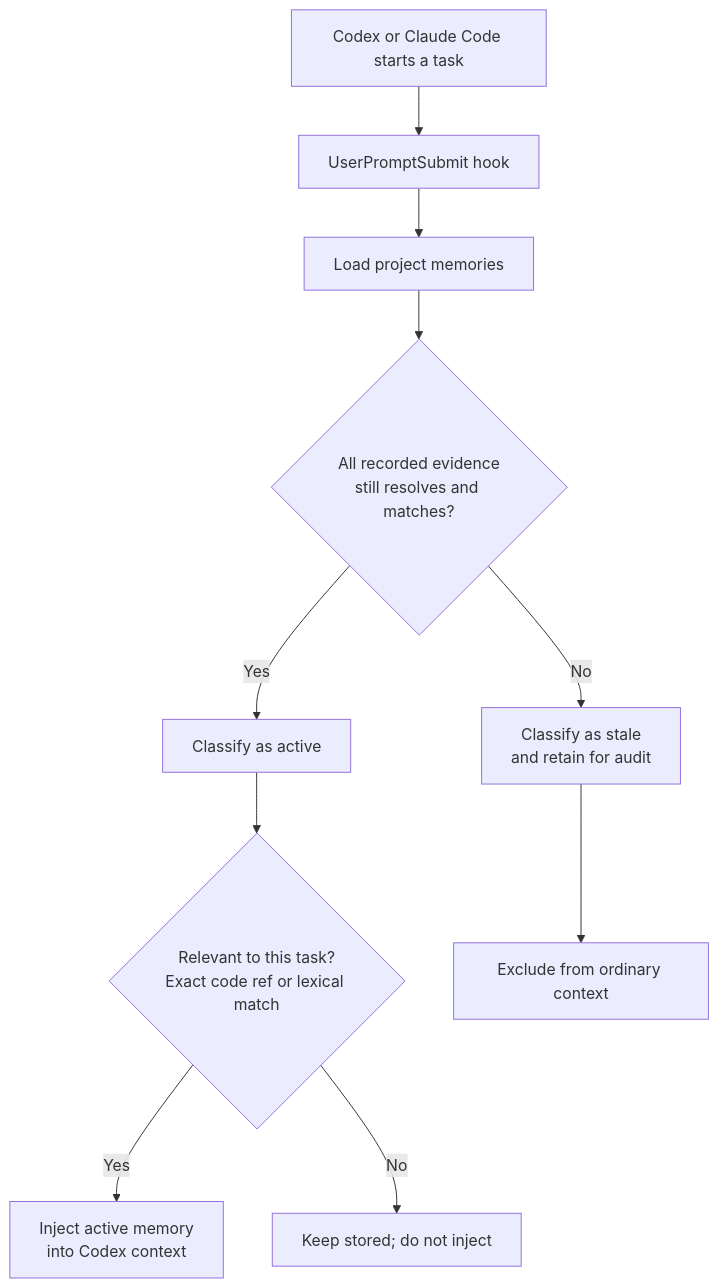
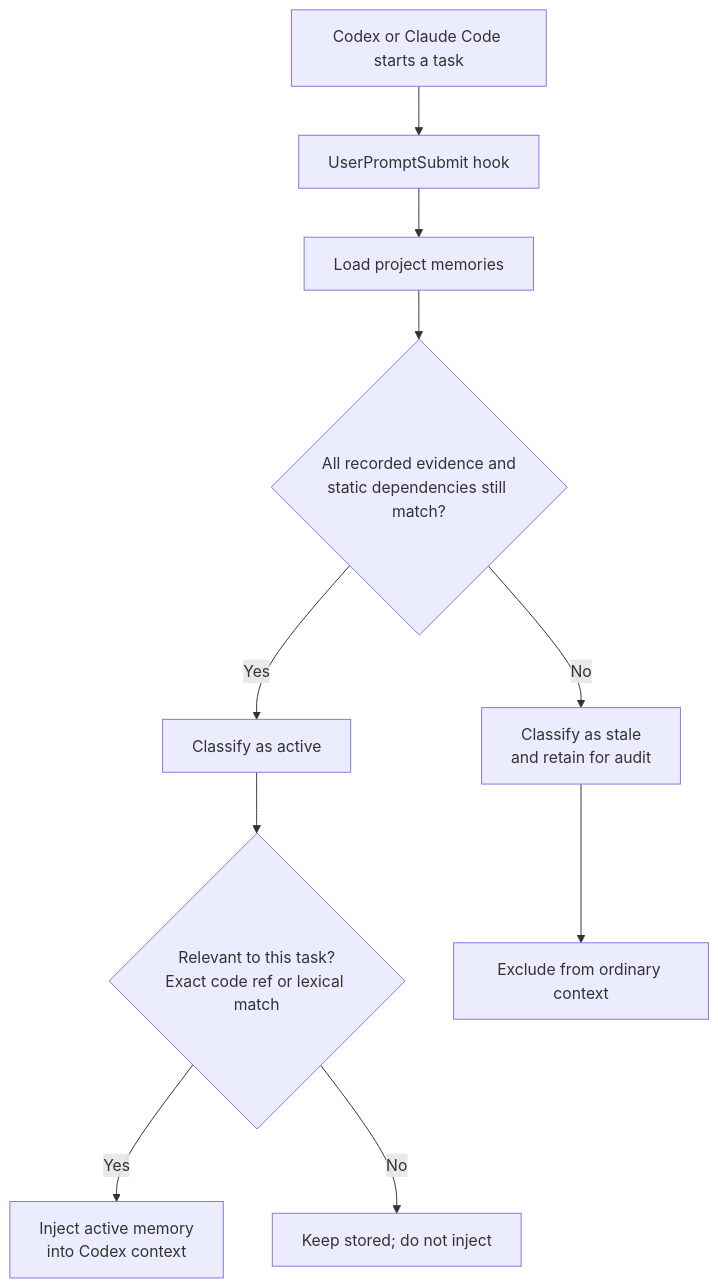
Before and after one commit to fagnermourafeitosa/memory-stale: the first of 2 diagrams in README.md, drawn with Mermaid. The commit also changed other lines of this file and 13 other files, not shown here.

Commit message:
add automatic static provenance graph

````diff
--- a/README.md
+++ b/README.md
@@ -149,12 +151,12 @@
 ```mermaid
 flowchart TD
     A[Codex or Claude Code starts a task] --> B[UserPromptSubmit hook]
     B --> C[Load project memories]
-    C --> D{"All recorded evidence<br/>still resolves and matches?"}
+    C --> D{"All recorded evidence and<br/>static dependencies still match?"}
     D -->|Yes| E[Classify as active]
     D -->|No| F["Classify as stale<br/>and retain for audit"]
     E --> G{"Relevant to this task?<br/>Exact code ref or lexical match"}
     G -->|Yes| H["Inject active memory<br/>into Codex context"]
     G -->|No| I[Keep stored; do not inject]
     F --> J[Exclude from ordinary context]
 ```
````
